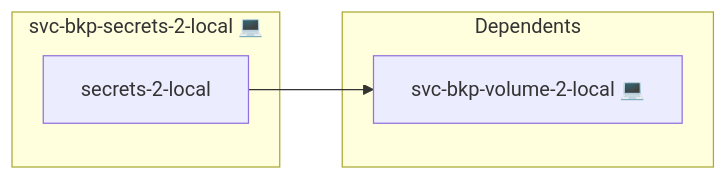
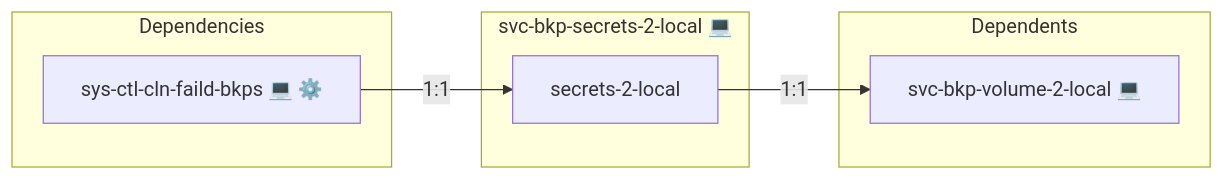
Before and after one commit to AlejandroRomanIbanez/infinito-nexus: the first of 2 diagrams in roles/svc-bkp-secrets-2-local/README.md, drawn with Mermaid. The commit also changed other lines of this file and 4 other files, not shown here.

First line of the commit message:
docs(svc-bkp): regenerate READMEs with current cosmos diagrams

````diff
--- a/roles/svc-bkp-secrets-2-local/README.md
+++ b/roles/svc-bkp-secrets-2-local/README.md
@@ -27,10 +27,14 @@
 ```mermaid
 flowchart LR
+    subgraph deps [Dependencies]
+        dep_sys_ctl_cln_faild_bkps["sys-ctl-cln-faild-bkps 💻 ⚙️"]
+    end
     subgraph role [svc-bkp-secrets-2-local 💻]
         svc_secrets_2_local["secrets-2-local"]
     end
     subgraph dependents [Dependents]
         dpt_svc_bkp_volume_2_local["svc-bkp-volume-2-local 💻"]
     end
-    svc_secrets_2_local --> dpt_svc_bkp_volume_2_local
+    dep_sys_ctl_cln_faild_bkps -- "1:1" --> svc_secrets_2_local
+    svc_secrets_2_local -- "1:1" --> dpt_svc_bkp_volume_2_local
 ```
````
